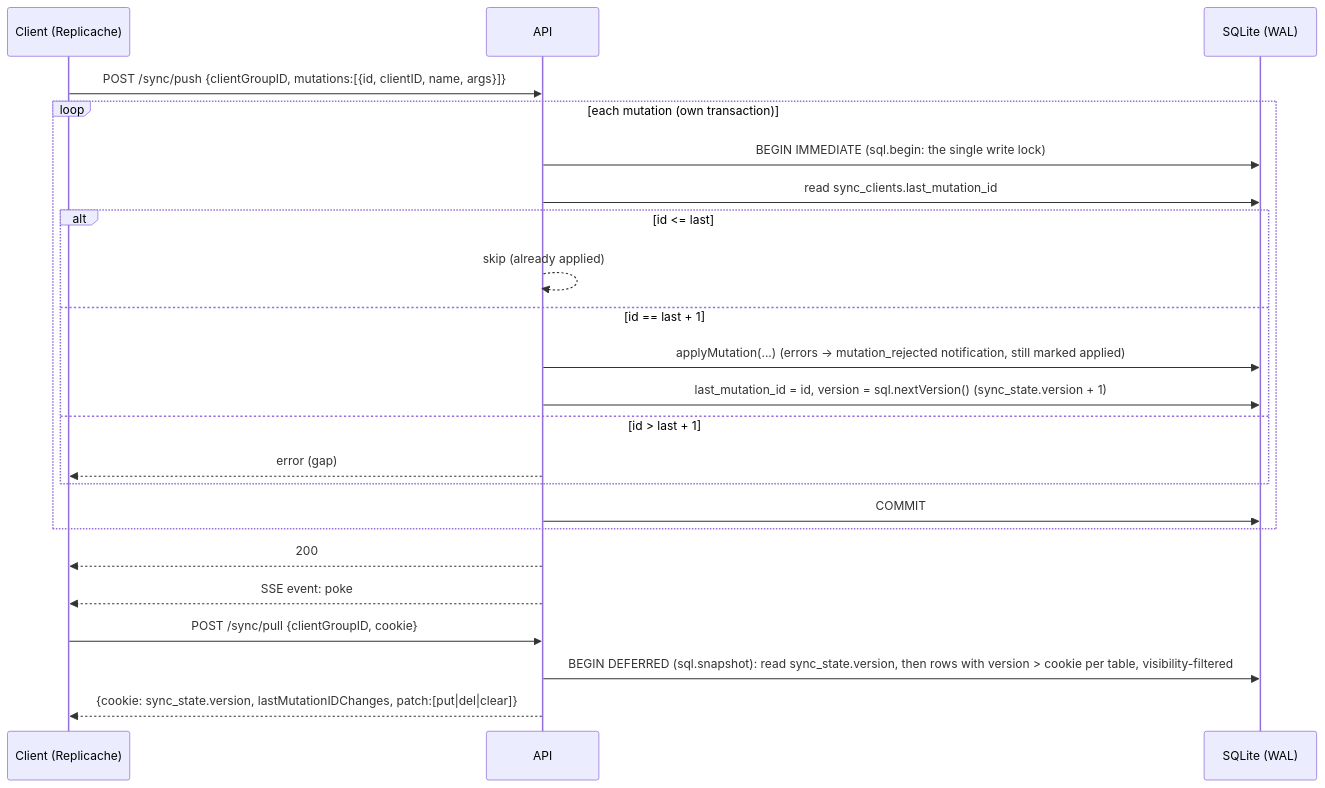
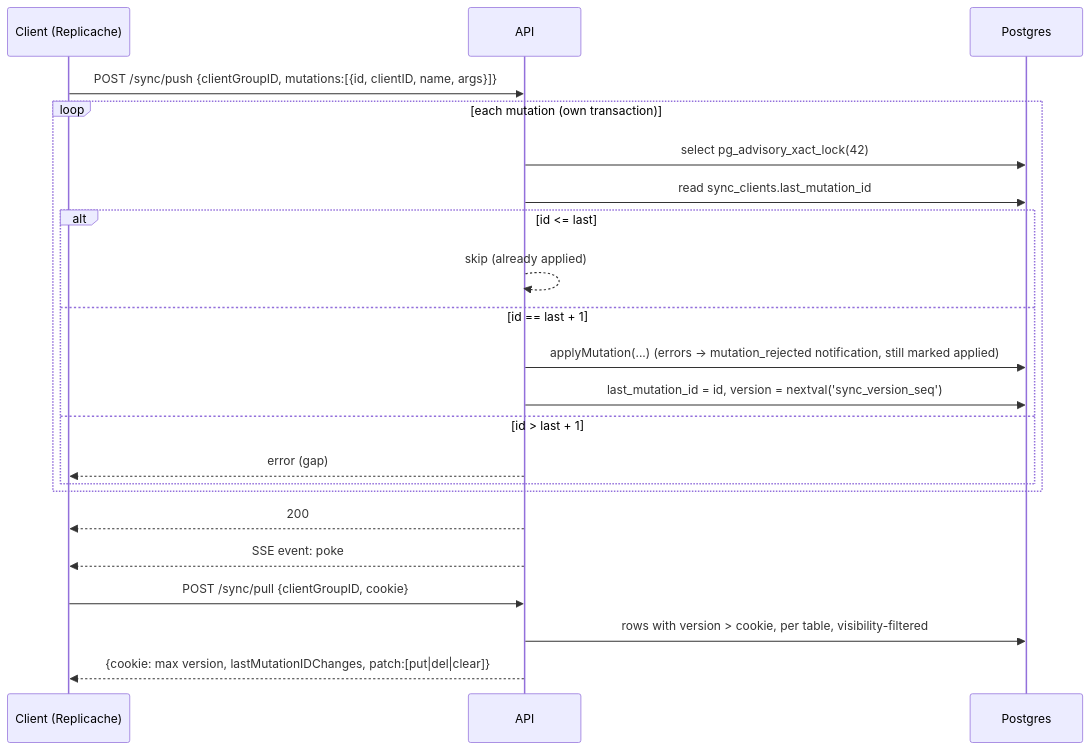
Before and after one commit to jamjorf/pm-tool: the second of 3 diagrams in docs/02-design.md, drawn with Mermaid. The commit also changed other lines of this file and 107 other files, not shown here.

First line of the commit message:
Revert the SQLite port: restore the Postgres data model and Podman setup

````diff
--- a/docs/02-design.md
+++ b/docs/02-design.md
@@ -417,25 +393,24 @@
 ```mermaid
 sequenceDiagram
     participant C as Client (Replicache)
     participant S as API
-    participant DB as SQLite (WAL)
+    participant DB as Postgres
     C->>S: POST /sync/push {clientGroupID, mutations:[{id, clientID, name, args}]}
     loop each mutation (own transaction)
-        S->>DB: BEGIN IMMEDIATE (sql.begin: the single write lock)
+        S->>DB: select pg_advisory_xact_lock(42)
         S->>DB: read sync_clients.last_mutation_id
         alt id <= last
             S-->>S: skip (already applied)
         else id == last + 1
             S->>DB: applyMutation(...) (errors → mutation_rejected notification, still marked applied)
-            S->>DB: last_mutation_id = id, version = sql.nextVersion() (sync_state.version + 1)
+            S->>DB: last_mutation_id = id, version = nextval('sync_version_seq')
         else id > last + 1
             S-->>C: error (gap)
         end
-        S->>DB: COMMIT
     end
     S-->>C: 200
     S-->>C: SSE event: poke
     C->>S: POST /sync/pull {clientGroupID, cookie}
-    S->>DB: BEGIN DEFERRED (sql.snapshot): read sync_state.version, then rows with version > cookie per table, visibility-filtered
-    S-->>C: {cookie: sync_state.version, lastMutationIDChanges, patch:[put|del|clear]}
+    S->>DB: rows with version > cookie, per table, visibility-filtered
+    S-->>C: {cookie: max version, lastMutationIDChanges, patch:[put|del|clear]}
 ```
````
